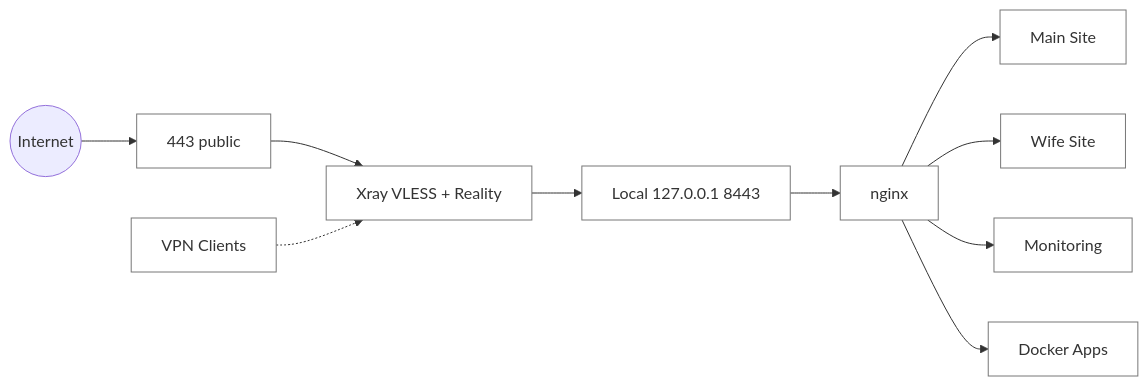
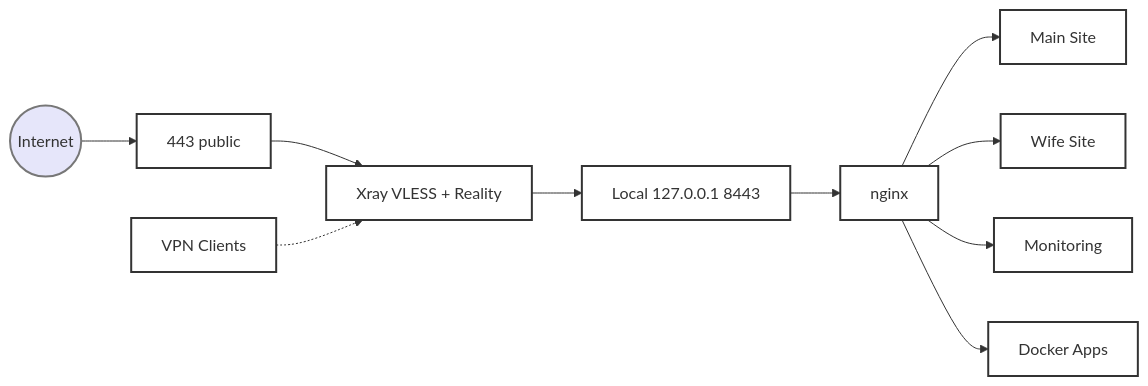
One commit to dzamal-barambajev/infra-self-audit changed the diagram in README.md. Above: the diagram before and after it, drawn with Mermaid. The commit also changed other lines of this file, not shown here.

Commit message:
Fix badge rendering and enforce explicit Mermaid contrast styling

````diff
--- a/README.md
+++ b/README.md
@@ -19,19 +27,28 @@
 ```mermaid
 graph LR
-    classDef box fill:#fff,stroke:#777,stroke-width:1px,round;
+    %% Strict theme overrides for GitHub Markdown override
+    style Internet fill:#E6E6FA,stroke:#777,stroke-width:2px;
+    style Ingress fill:#FFF,stroke:#333,stroke-width:2px;
+    style Xray fill:#FFF,stroke:#333,stroke-width:2px;
+    style VPN fill:#FFF,stroke:#333,stroke-width:2px;
+    style Fallback fill:#FFF,stroke:#333,stroke-width:2px;
+    style Nginx fill:#FFF,stroke:#333,stroke-width:2px;
+    style Main fill:#FFF,stroke:#333,stroke-width:2px;
+    style Wife fill:#FFF,stroke:#333,stroke-width:2px;
+    style Mon fill:#FFF,stroke:#333,stroke-width:2px;
+    style Docker fill:#FFF,stroke:#333,stroke-width:2px;
 
+    %% Base Layout Configuration
     Internet((Internet)) --> Ingress["443 public"]
     Ingress --> Xray["Xray VLESS + Reality"]
     
     VPN[VPN Clients] -.-> Xray
 
     Xray --> Fallback["Local 127.0.0.1 8443"]
     Fallback --> Nginx[nginx]
 
     Nginx --> Main[Main Site]
     Nginx --> Wife[Wife Site]
     Nginx --> Mon[Monitoring]
     Nginx --> Docker[Docker Apps]
-
-    class Xray,Nginx,Main,Wife,Mon,Docker,Fallback,VPN,Ingress box;
 ```
````
